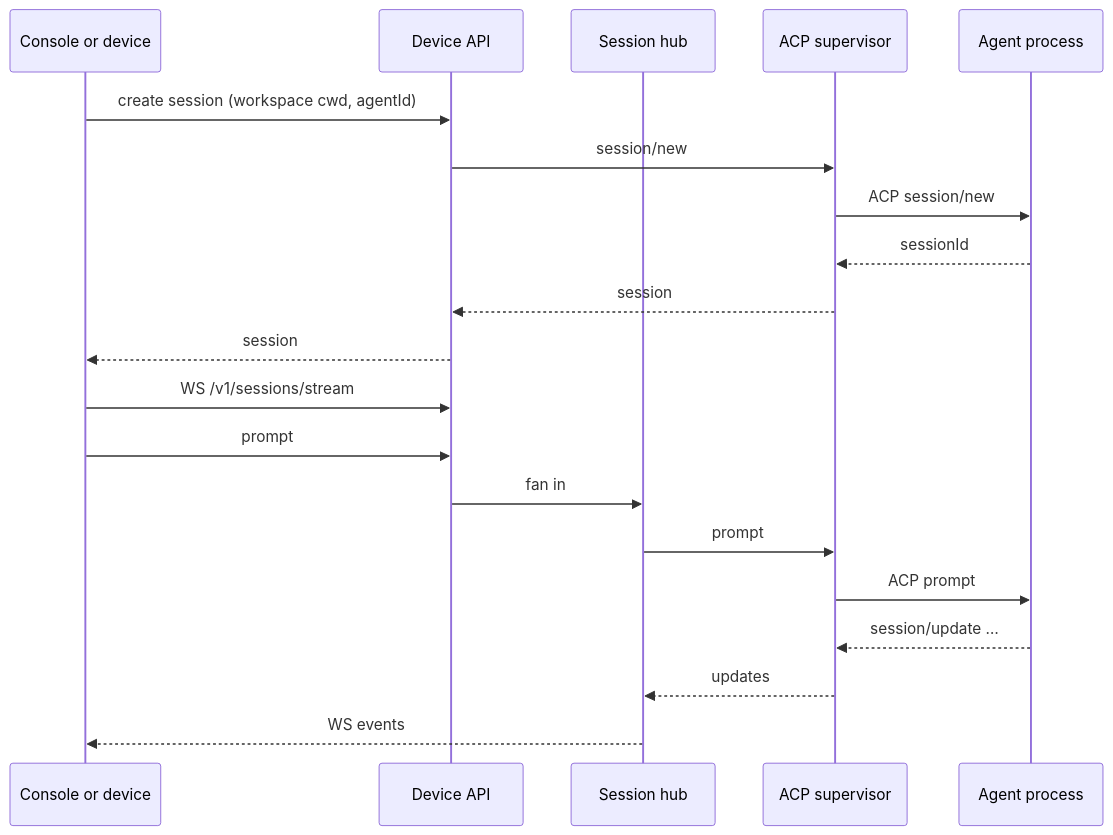
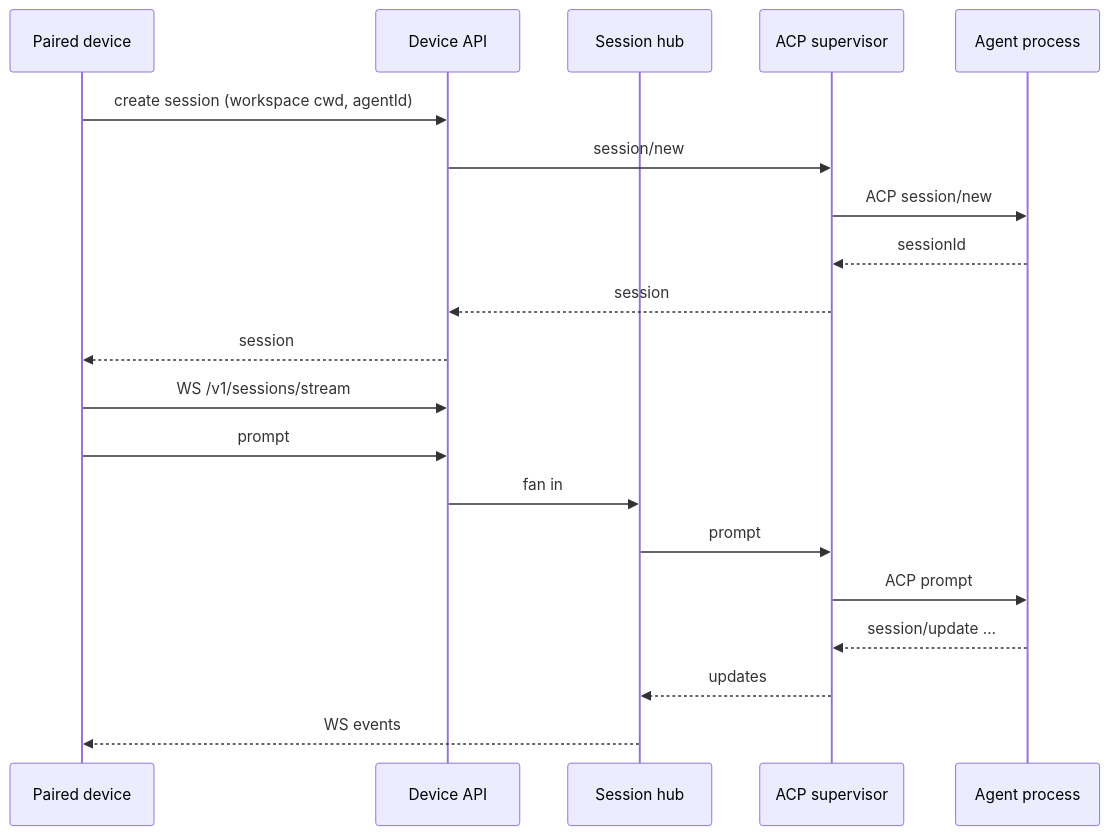
The second of 3 diagrams in docs/adr/0000-harold.md (codenamegary/harold), drawn with Mermaid before and after one commit. The commit also changed other lines of this file and 421 other files, not shown here.

First line of the commit message:
refactor(server)!: retire the console and make HTTP the device-only edge (#333)

````diff
--- a/docs/adr/0000-harold.md
+++ b/docs/adr/0000-harold.md
@@ -100,24 +103,24 @@
 ```mermaid
 sequenceDiagram
-  participant Client as Console or device
+  participant Client as Paired device
   participant API as Device API
   participant Hub as Session hub
   participant Super as ACP supervisor
   participant Agent as Agent process
 
   Client->>API: create session (workspace cwd, agentId)
   API->>Super: session/new
   Super->>Agent: ACP session/new
   Agent-->>Super: sessionId
   Super-->>API: session
   API-->>Client: session
 
   Client->>API: WS /v1/sessions/stream
   Client->>API: prompt
   API->>Hub: fan in
   Hub->>Super: prompt
   Super->>Agent: ACP prompt
   Agent-->>Super: session/update …
   Super-->>Hub: updates
   Hub-->>Client: WS events
 ```
````
